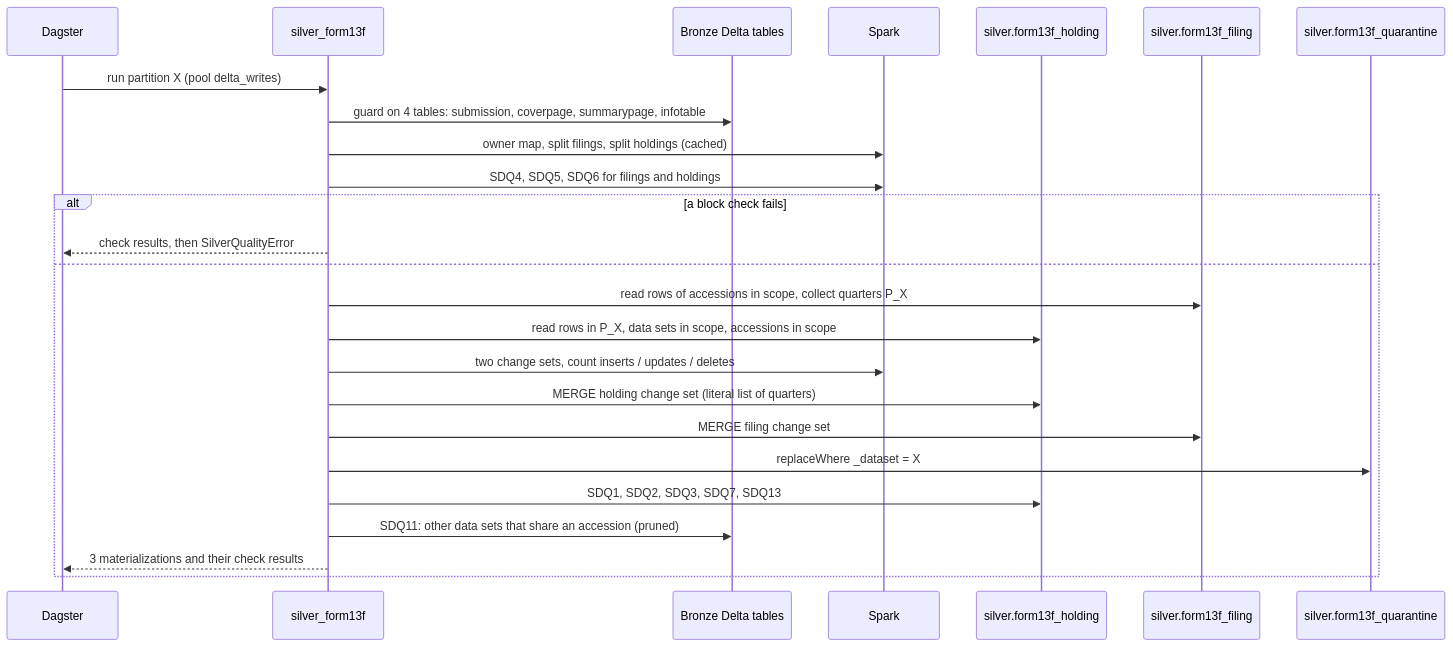
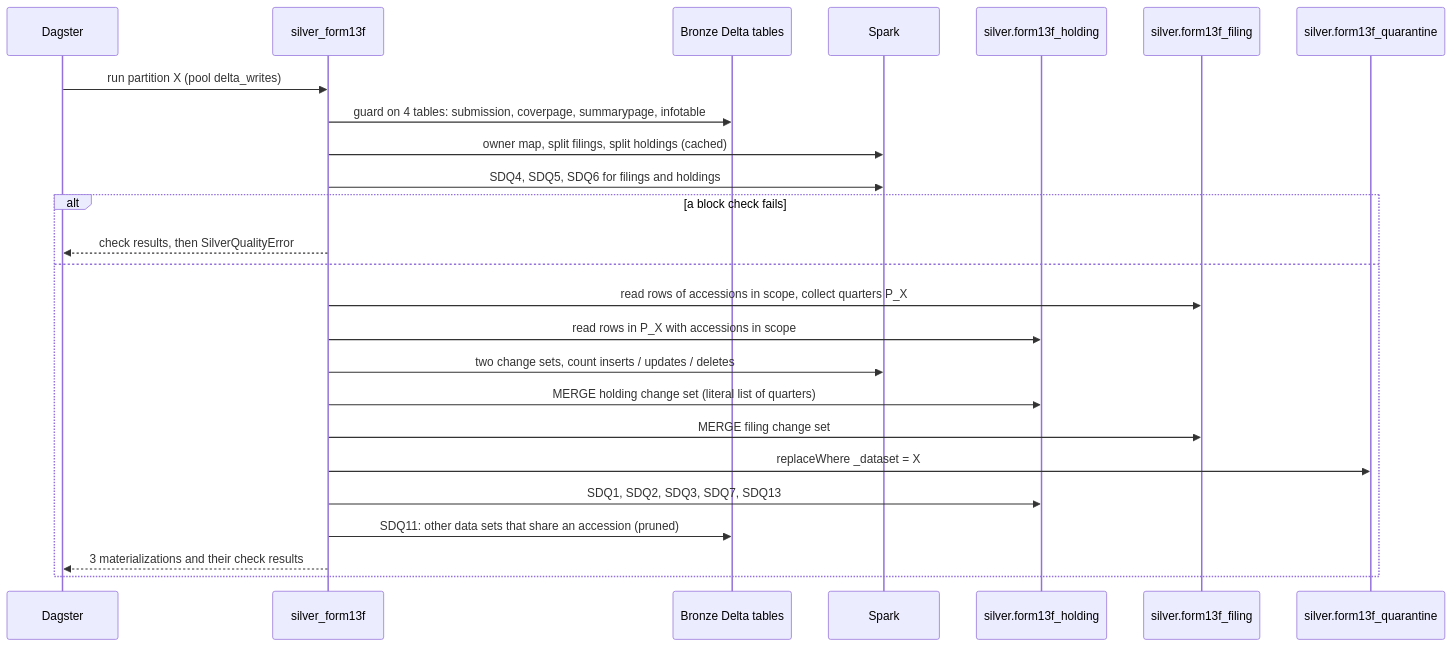
The third of 3 diagrams in docs/guides/form13f-silver-holding-walkthrough.md (hoanghaithanh/sec-holdings-lakehouse), drawn with Mermaid before and after one commit. The commit also changed other lines of this file and 2 other files, not shown here.

First line of the commit message:
fix: find every old holding line of the scope, also after a crash between MERGEs

````diff
--- a/docs/guides/form13f-silver-holding-walkthrough.md
+++ b/docs/guides/form13f-silver-holding-walkthrough.md
@@ -134,27 +131,27 @@
 ```mermaid
 sequenceDiagram
     participant D as Dagster
     participant A as silver_form13f
     participant B as Bronze Delta tables
     participant S as Spark
     participant H as silver.form13f_holding
     participant F as silver.form13f_filing
     participant Q as silver.form13f_quarantine
     D->>A: run partition X (pool delta_writes)
     A->>B: guard on 4 tables: submission, coverpage, summarypage, infotable
     A->>S: owner map, split filings, split holdings (cached)
     A->>S: SDQ4, SDQ5, SDQ6 for filings and holdings
     alt a block check fails
         A-->>D: check results, then SilverQualityError
     else
         A->>F: read rows of accessions in scope, collect quarters P_X
-        A->>H: read rows in P_X, data sets in scope, accessions in scope
+        A->>H: read rows in P_X with accessions in scope
         A->>S: two change sets, count inserts / updates / deletes
         A->>H: MERGE holding change set (literal list of quarters)
         A->>F: MERGE filing change set
         A->>Q: replaceWhere _dataset = X
         A->>H: SDQ1, SDQ2, SDQ3, SDQ7, SDQ13
         A->>B: SDQ11: other data sets that share an accession (pruned)
         A-->>D: 3 materializations and their check results
     end
 ```
````
